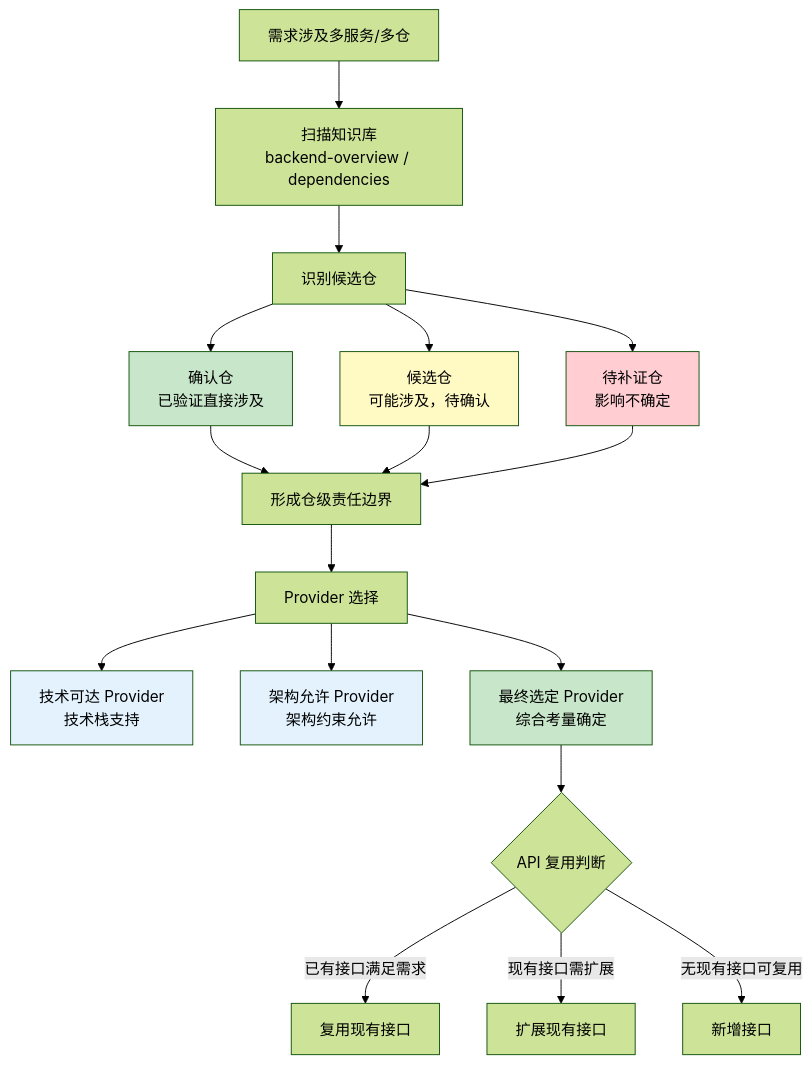
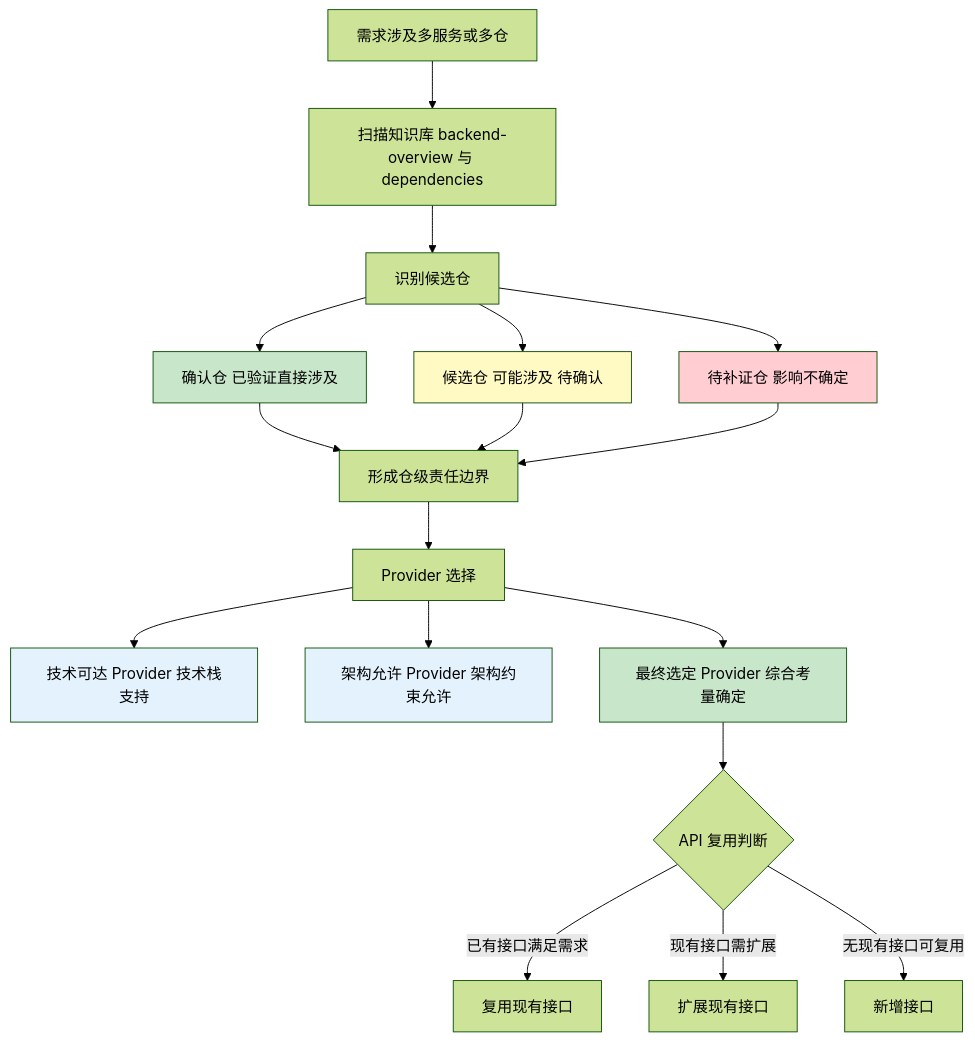
The second of 3 diagrams in mes-ai-dev/workspace/training/02-phase-analyze-flowchart.md (mes-openai/mes-ai-dev), drawn with Mermaid (forest theme) before and after one commit. The commit also changed other lines of this file and 12 other files, not shown here.

Commit message:
重新生成阶段流程图

````diff
--- a/mes-ai-dev/workspace/training/02-phase-analyze-flowchart.md
+++ b/mes-ai-dev/workspace/training/02-phase-analyze-flowchart.md
@@ -113,30 +113,30 @@
 ```mermaid
 flowchart TB
-    REQ[需求涉及多服务/多仓] --> SCAN[扫描知识库<br/>backend-overview / dependencies]
+    REQ["需求涉及多服务或多仓"] --> SCAN["扫描知识库 backend-overview 与 dependencies"]
 
-    SCAN --> IDENTIFY[识别候选仓]
-    IDENTIFY --> C1[确认仓<br/>已验证直接涉及]
-    IDENTIFY --> C2[候选仓<br/>可能涉及，待确认]
-    IDENTIFY --> C3[待补证仓<br/>影响不确定]
+    SCAN --> IDENTIFY["识别候选仓"]
+    IDENTIFY --> C1["确认仓 已验证直接涉及"]
+    IDENTIFY --> C2["候选仓 可能涉及 待确认"]
+    IDENTIFY --> C3["待补证仓 影响不确定"]
 
-    C1 --> BOUNDARY[形成仓级责任边界]
+    C1 --> BOUNDARY["形成仓级责任边界"]
     C2 --> BOUNDARY
     C3 --> BOUNDARY
 
-    BOUNDARY --> PROVIDER[Provider 选择]
-    PROVIDER --> P1[技术可达 Provider<br/>技术栈支持]
-    PROVIDER --> P2[架构允许 Provider<br/>架构约束允许]
-    PROVIDER --> P3[最终选定 Provider<br/>综合考量确定]
+    BOUNDARY --> PROVIDER["Provider 选择"]
+    PROVIDER --> P1["技术可达 Provider 技术栈支持"]
+    PROVIDER --> P2["架构允许 Provider 架构约束允许"]
+    PROVIDER --> P3["最终选定 Provider 综合考量确定"]
 
-    P3 --> API_JUDGE{API 复用判断}
-    API_JUDGE -->|已有接口满足需求| REUSE[复用现有接口]
-    API_JUDGE -->|现有接口需扩展| EXTEND[扩展现有接口]
-    API_JUDGE -->|无现有接口可复用| NEW[新增接口]
+    P3 --> API_JUDGE{"API 复用判断"}
+    API_JUDGE -->|"已有接口满足需求"| REUSE["复用现有接口"]
+    API_JUDGE -->|"现有接口需扩展"| EXTEND["扩展现有接口"]
+    API_JUDGE -->|"无现有接口可复用"| NEW["新增接口"]
 
     style C1 fill:#C8E6C9
     style C2 fill:#FFF9C4
     style C3 fill:#FFCDD2
     style P1 fill:#E3F2FD
     style P2 fill:#E3F2FD
     style P3 fill:#C8E6C9
 ```
````
